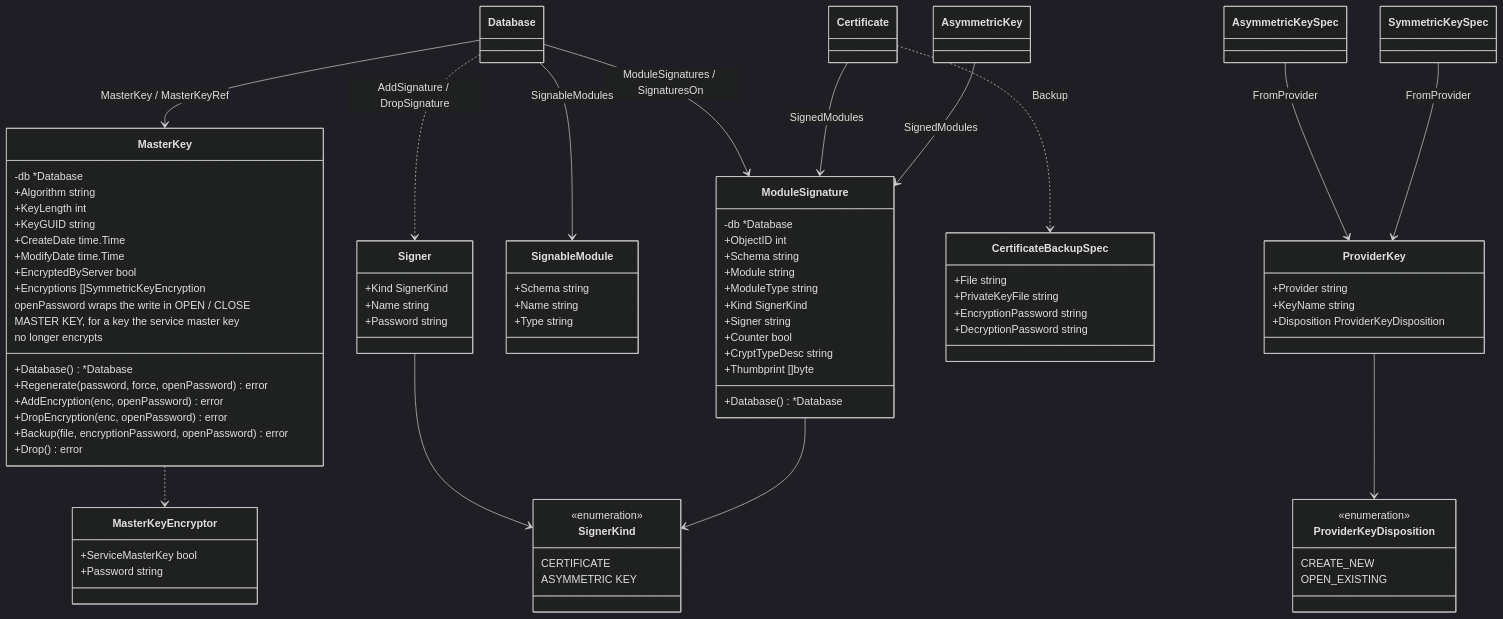
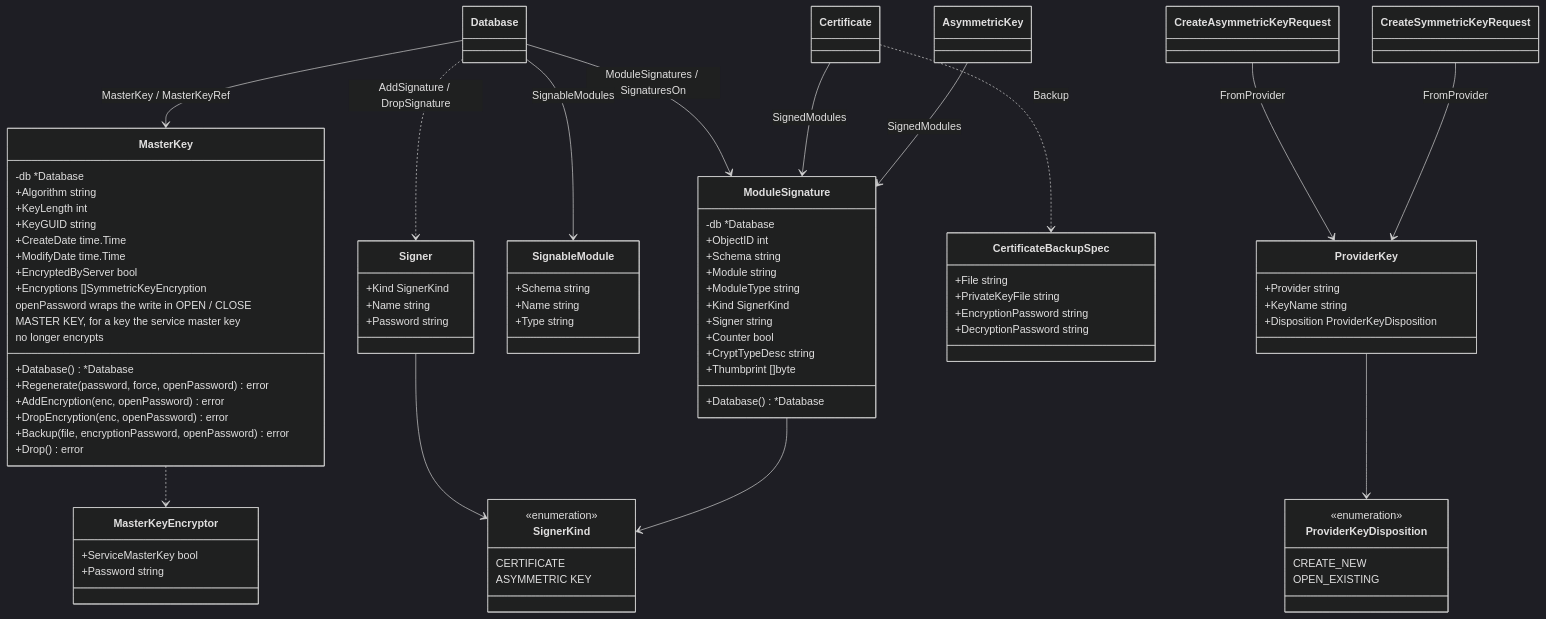
Before and after one commit to radix29/gosmo: the diagram in diagram/21-master-key-and-signatures.mmd, drawn with Mermaid (dark theme). The commit also changed 142 other files, not shown here.

```diff
--- a/diagram/21-master-key-and-signatures.mmd
+++ b/diagram/21-master-key-and-signatures.mmd
@@ -1,96 +1,96 @@
 classDiagram
 
     %% =========================================================
     %% The database master key, module signatures, certificate
     %% backup and the EKM (FROM PROVIDER) half of a key spec
     %% =========================================================
 
     class MasterKey {
         -db *Database
         +Algorithm string
         +KeyLength int
         +KeyGUID string
         +CreateDate time.Time
         +ModifyDate time.Time
         +EncryptedByServer bool
         +Encryptions []SymmetricKeyEncryption
         +Database() *Database
         +Regenerate(password, force, openPassword) error
         +AddEncryption(enc, openPassword) error
         +DropEncryption(enc, openPassword) error
         +Backup(file, encryptionPassword, openPassword) error
         +Drop() error
         openPassword wraps the write in OPEN / CLOSE
         MASTER KEY, for a key the service master key
         no longer encrypts
     }
 
     class MasterKeyEncryptor {
         +ServiceMasterKey bool
         +Password string
     }
 
     class ModuleSignature {
         -db *Database
         +ObjectID int
         +Schema string
         +Module string
         +ModuleType string
         +Kind SignerKind
         +Signer string
         +Counter bool
         +CryptTypeDesc string
         +Thumbprint []byte
         +Database() *Database
     }
 
     class SignableModule {
         +Schema string
         +Name string
         +Type string
     }
 
     class Signer {
         +Kind SignerKind
         +Name string
         +Password string
     }
 
     class SignerKind {
         <<enumeration>>
         CERTIFICATE
         ASYMMETRIC KEY
     }
 
     class CertificateBackupSpec {
         +File string
         +PrivateKeyFile string
         +EncryptionPassword string
         +DecryptionPassword string
     }
 
     class ProviderKey {
         +Provider string
         +KeyName string
         +Disposition ProviderKeyDisposition
     }
 
     class ProviderKeyDisposition {
         <<enumeration>>
         CREATE_NEW
         OPEN_EXISTING
     }
 
     Database --> MasterKey : MasterKey / MasterKeyRef
     Database --> ModuleSignature : ModuleSignatures / SignaturesOn
     Database ..> Signer : AddSignature / DropSignature
     Database --> SignableModule : SignableModules
     Certificate --> ModuleSignature : SignedModules
     AsymmetricKey --> ModuleSignature : SignedModules
     Certificate ..> CertificateBackupSpec : Backup
     MasterKey ..> MasterKeyEncryptor
     Signer --> SignerKind
     ModuleSignature --> SignerKind
-    AsymmetricKeySpec --> ProviderKey : FromProvider
-    SymmetricKeySpec --> ProviderKey : FromProvider
+    CreateAsymmetricKeyRequest --> ProviderKey : FromProvider
+    CreateSymmetricKeyRequest --> ProviderKey : FromProvider
     ProviderKey --> ProviderKeyDisposition
```
